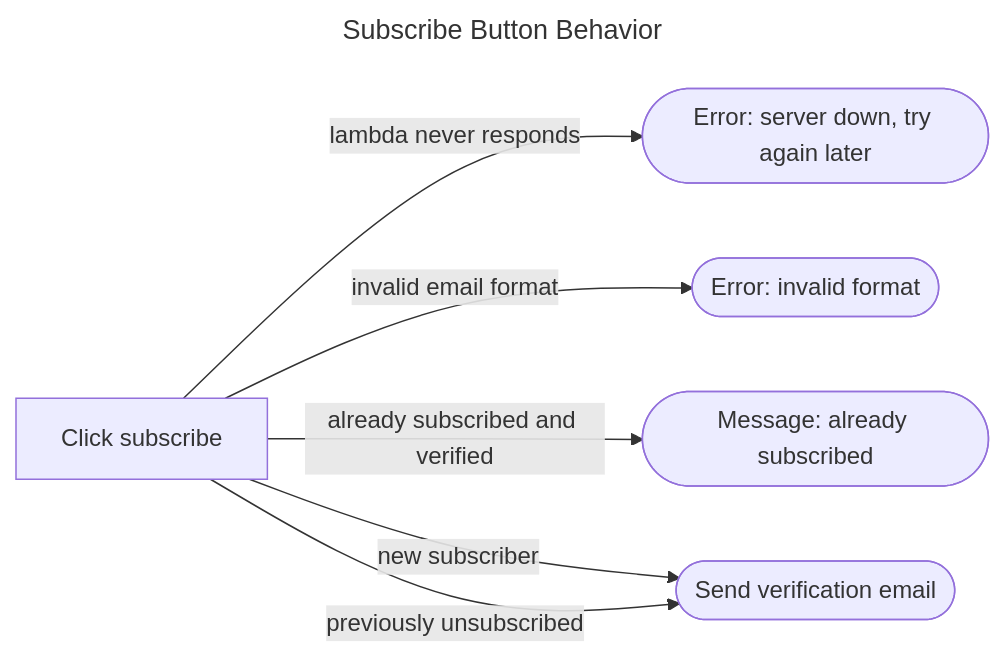
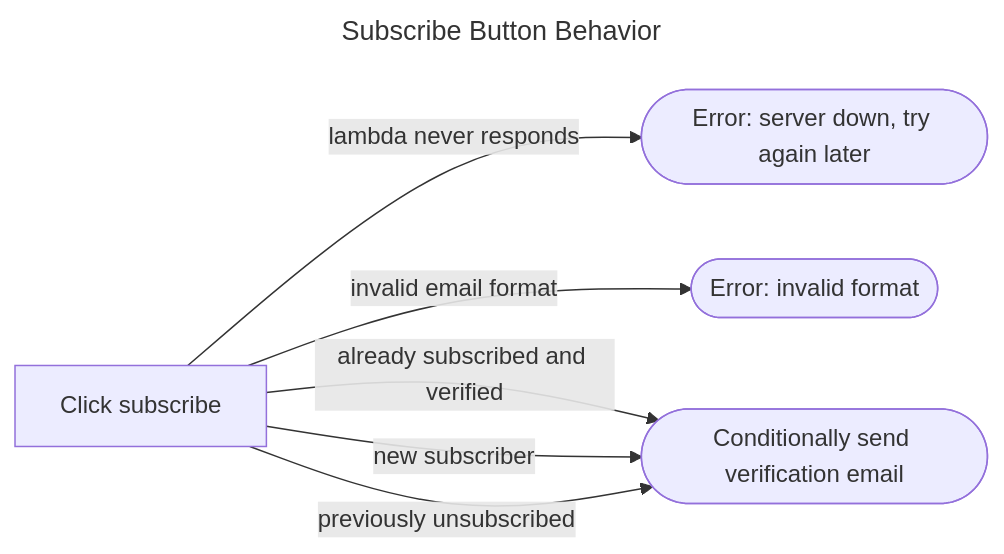
One commit to tapphughesn/blog changed the second of 3 diagrams in design/subscriber_system.md. Above: the diagram before and after it, drawn with Mermaid. The commit also changed other lines of this file and 3 other files, not shown here.

Commit message:
Prevent email enumeration and implement verification cooldown

````diff
--- a/design/subscriber_system.md
+++ b/design/subscriber_system.md
@@ -84,11 +85,11 @@
 ```mermaid
 ---
 title: Subscribe Button Behavior
 ---
 flowchart LR
     button[Click subscribe] -- lambda never responds --> hang([Error: server down, try again later])
     button -- invalid email format --> invalid([Error: invalid format])
-    button -- already subscribed and verified --> subscribed([Message: already subscribed])
-    button -- new subscriber --> verification([Send verification email])
-    button -- previously unsubscribed --> verification([Send verification email])
+    button -- already subscribed and verified --> verification([Conditionally send verification email])
+    button -- new subscriber --> verification
+    button -- previously unsubscribed --> verification
 ```
````
